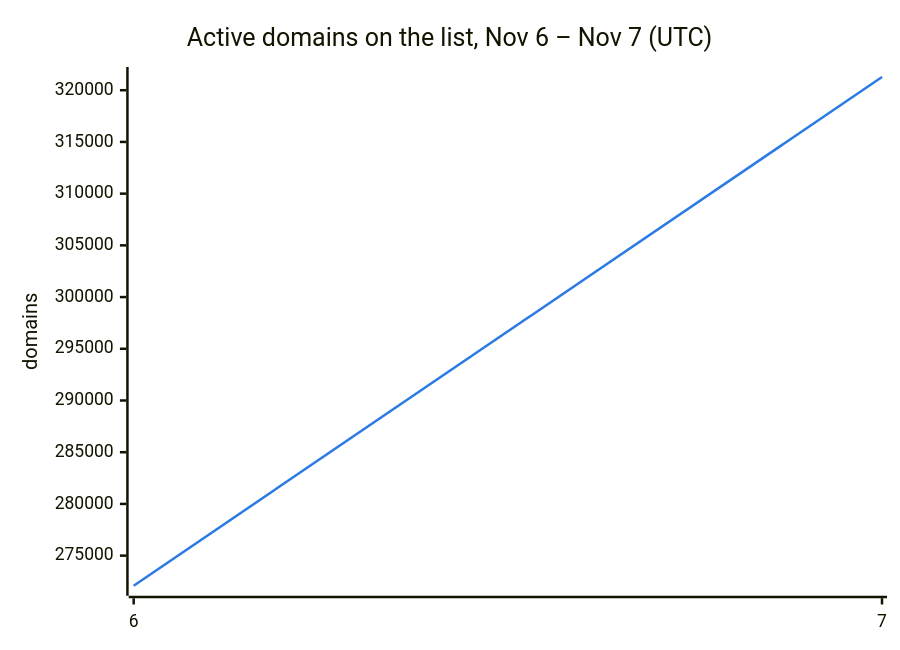
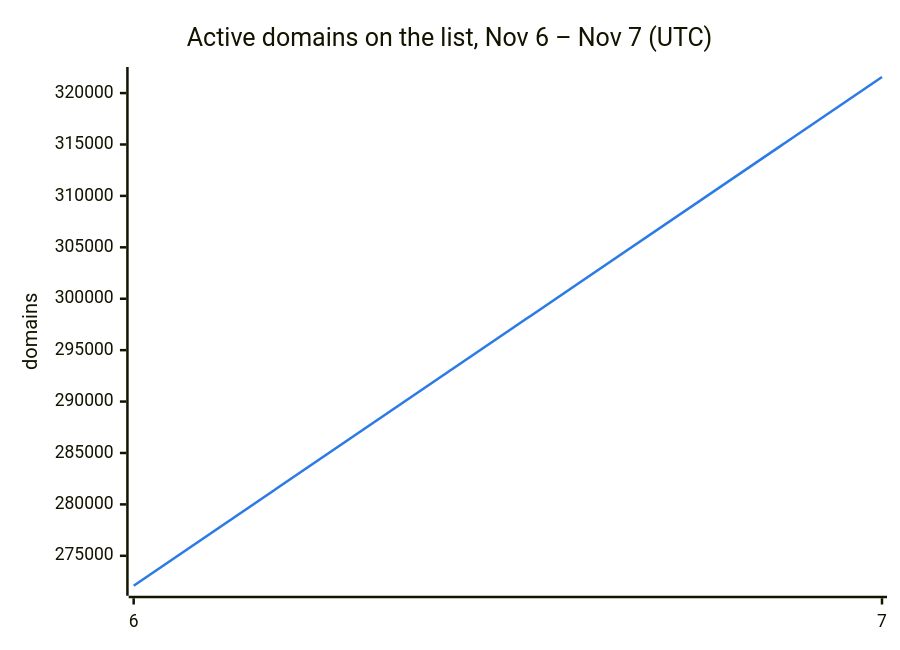
One commit to DNSBunker/CTI changed the second of 3 diagrams in README.md. Above: the diagram before and after it, drawn with Mermaid. The commit also changed other lines of this file and 3 other files, not shown here.

````diff
--- a/README.md
+++ b/README.md
@@ -38,8 +38,8 @@
 ```mermaid
 %%{init: {"themeVariables": {"xyChart": {"plotColorPalette": "#2c7be5"}}}}%%
 xychart-beta
     title "Active domains on the list, Nov 6 – Nov 7 (UTC)"
     x-axis ["6", "7"]
     y-axis "domains"
-    line [272088, 321278]
+    line [272088, 321563]
 ```
````
